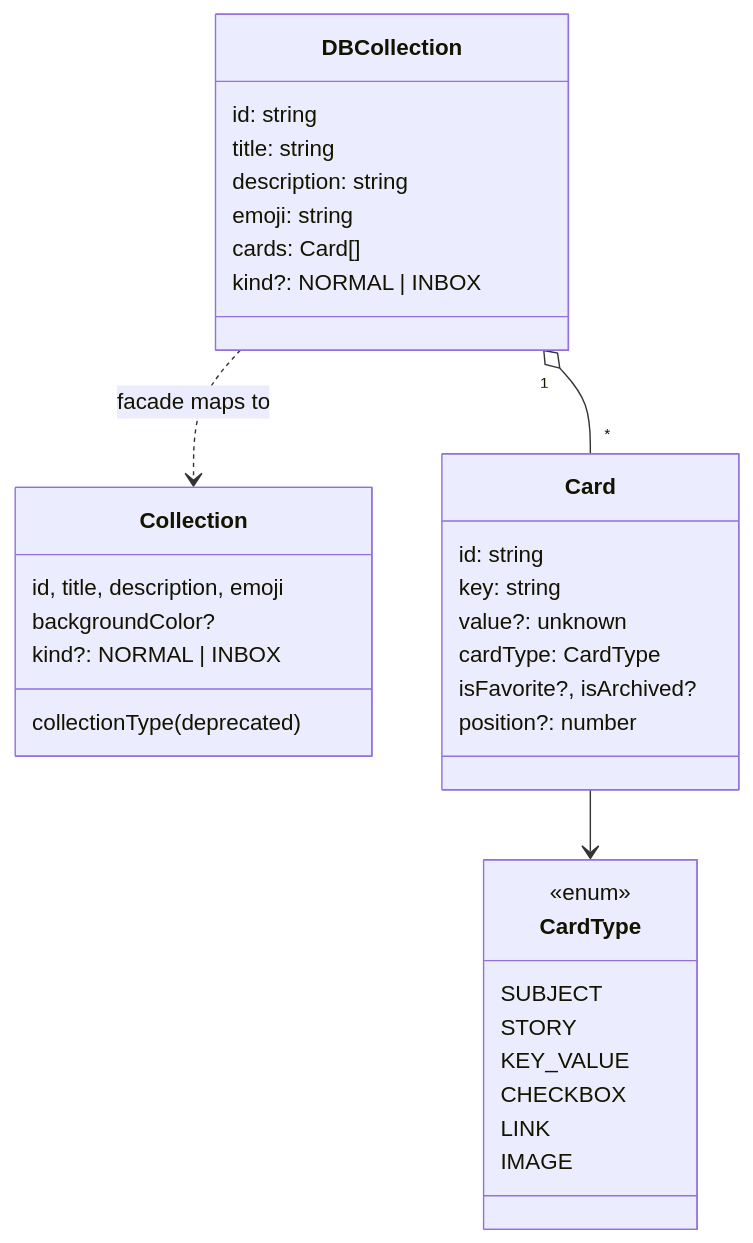
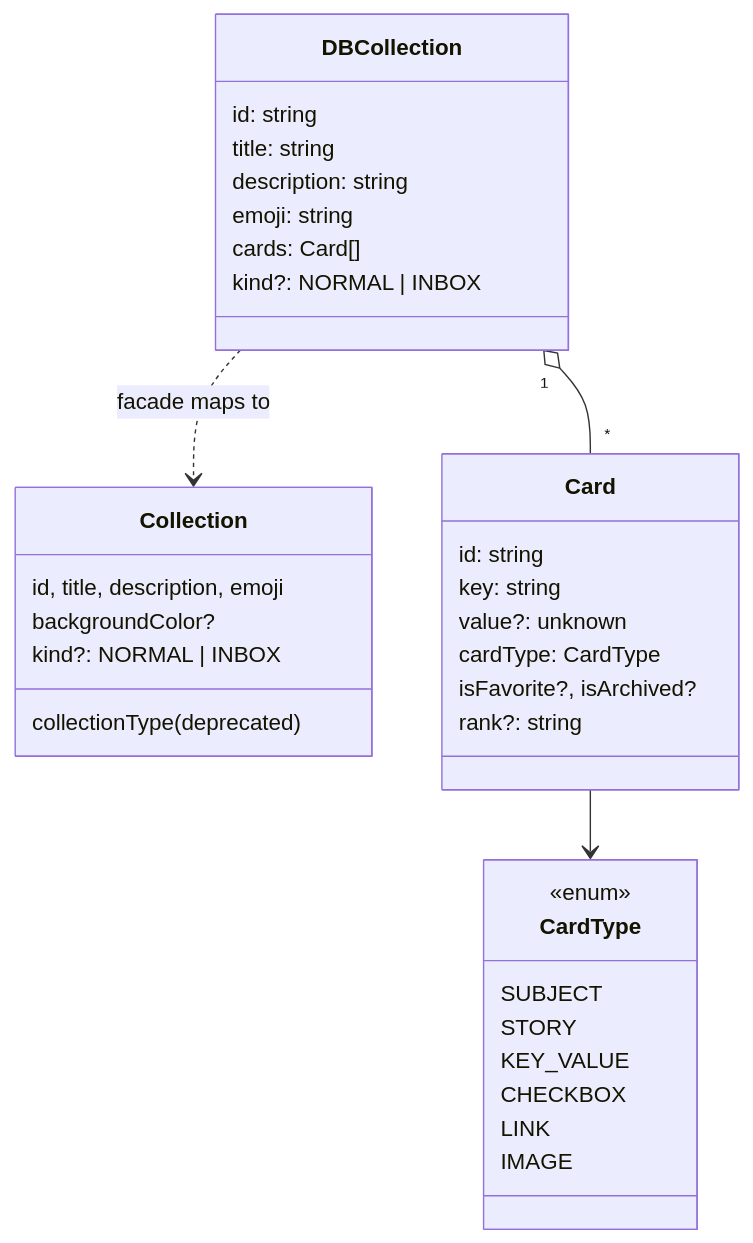
The second of 4 diagrams in SaveApp-UI/README.md (Assaviv/CollectionsProject), drawn with Mermaid before and after one commit. The commit also changed other lines of this file and 29 other files, not shown here.

````diff
--- a/SaveApp-UI/README.md
+++ b/SaveApp-UI/README.md
@@ -40,37 +40,37 @@
 ```mermaid
 classDiagram
     class DBCollection {
         id: string
         title: string
         description: string
         emoji: string
         cards: Card[]
         kind?: NORMAL | INBOX
     }
     class Collection {
         id, title, description, emoji
         backgroundColor?
         kind?: NORMAL | INBOX
         collectionType (deprecated)
     }
     class Card {
         id: string
         key: string
         value?: unknown
         cardType: CardType
         isFavorite?, isArchived?
-        position?: number
+        rank?: string
     }
     class CardType {
         <<enum>>
         SUBJECT
         STORY
         KEY_VALUE
         CHECKBOX
         LINK
         IMAGE
     }
     DBCollection "1" o-- "*" Card
     Card --> CardType
     DBCollection ..> Collection : facade maps to
 ```
````
